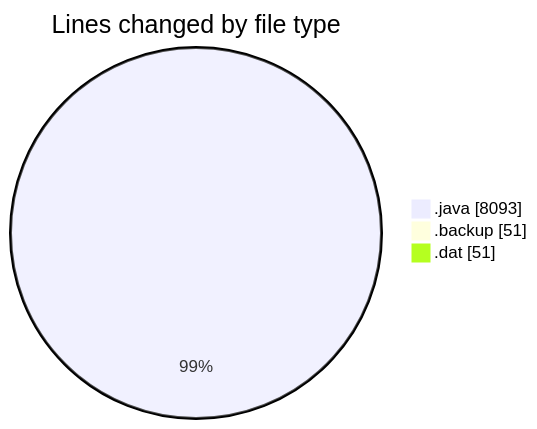
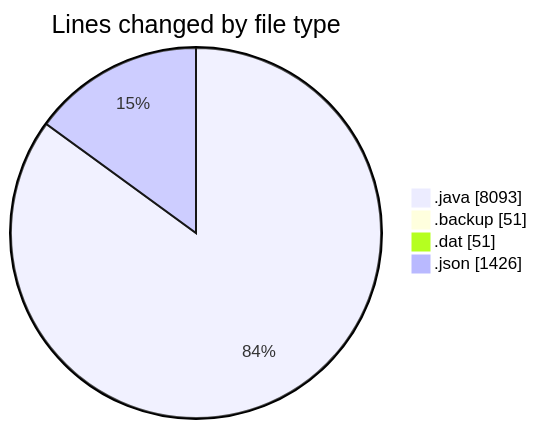
Before and after one commit to ricardozamudiocil/code-tracking: the first of 2 diagrams in 2026-11-19/cilapp/README.md, drawn with Mermaid. The commit also changed other lines of this file and 1 other file, not shown here.

````diff
--- a/2026-11-19/cilapp/README.md
+++ b/2026-11-19/cilapp/README.md
@@ -23,7 +24,8 @@
 ```mermaid
 pie showData
 title Lines changed by file type
 ".java" : 8093
 ".backup" : 51
 ".dat" : 51
+".json" : 1426
 ```
````
